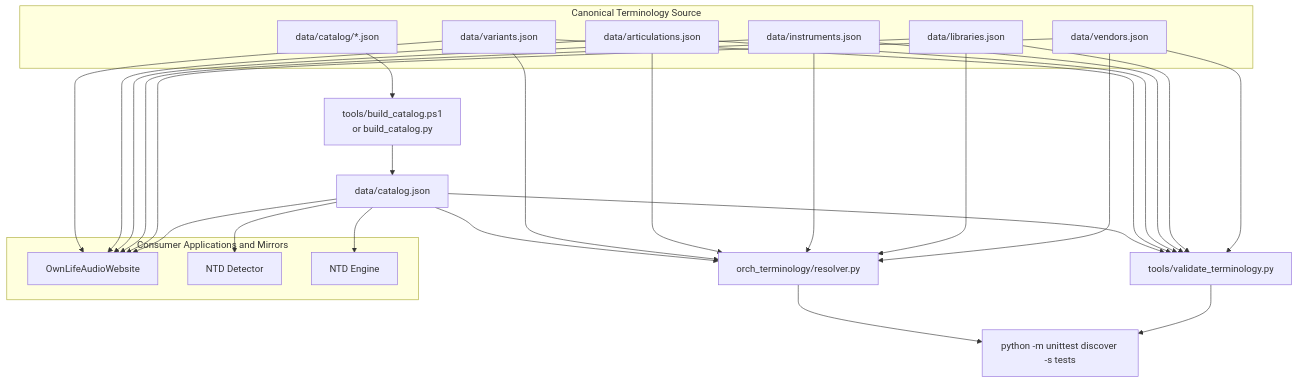
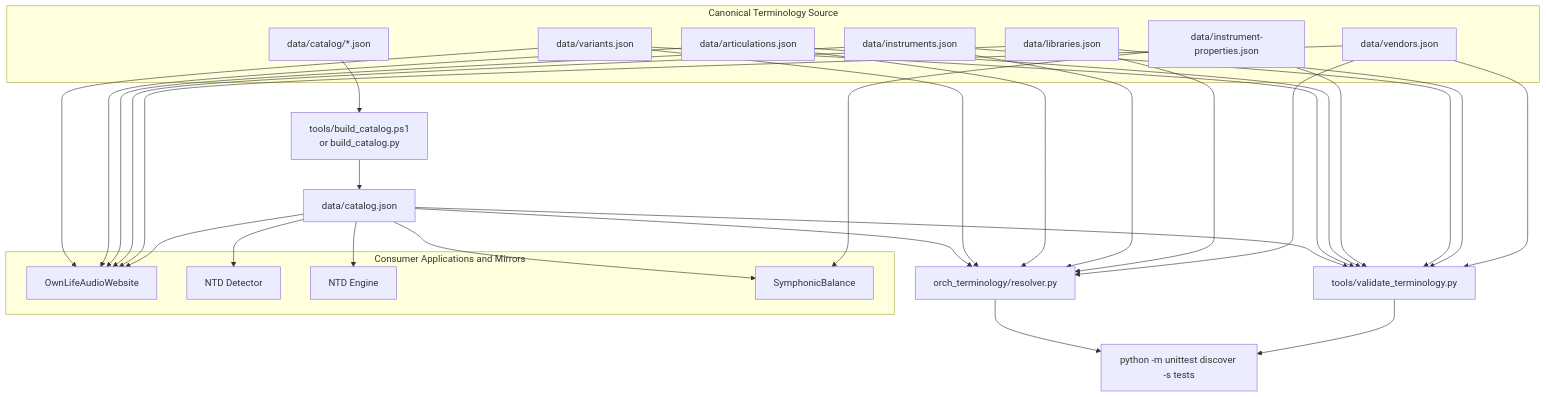
Before and after one commit to ownlifeworks/orch-terminology: the diagram in README.md, drawn with Mermaid. The commit also changed other lines of this file and 7 other files, not shown here.

Commit message:
Add instrument properties loudness data

````diff
--- a/README.md
+++ b/README.md
@@ -19,50 +20,55 @@
 ```mermaid
 flowchart TD
     subgraph Canonical["Canonical Terminology Source"]
         Vendors["data/vendors.json"]
         Libraries["data/libraries.json"]
         Instruments["data/instruments.json"]
+        InstrumentProps["data/instrument-properties.json"]
         Articulations["data/articulations.json"]
         Variants["data/variants.json"]
         CatalogSources["data/catalog/*.json"]
     end
 
     Build["tools/build_catalog.ps1<br/>or build_catalog.py"]
     Aggregate["data/catalog.json"]
     Validate["tools/validate_terminology.py"]
     Resolver["orch_terminology/resolver.py"]
     Tests["python -m unittest discover -s tests"]
 
     subgraph Consumers["Consumer Applications and Mirrors"]
         Website["OwnLifeAudioWebsite"]
         Detector["NTD Detector"]
         Engine["NTD Engine"]
+        SymphonicBalance["SymphonicBalance"]
     end
 
     CatalogSources --> Build --> Aggregate
     Vendors --> Validate
     Libraries --> Validate
     Instruments --> Validate
+    InstrumentProps --> Validate
     Articulations --> Validate
     Variants --> Validate
     Aggregate --> Validate
 
     Vendors --> Resolver
     Libraries --> Resolver
     Instruments --> Resolver
     Articulations --> Resolver
     Variants --> Resolver
     Aggregate --> Resolver
 
     Validate --> Tests
     Resolver --> Tests
 
     Aggregate --> Website
     Aggregate --> Detector
     Aggregate --> Engine
+    InstrumentProps --> SymphonicBalance
+    Aggregate --> SymphonicBalance
     Vendors --> Website
     Libraries --> Website
     Instruments --> Website
     Articulations --> Website
     Variants --> Website
 ```
````
